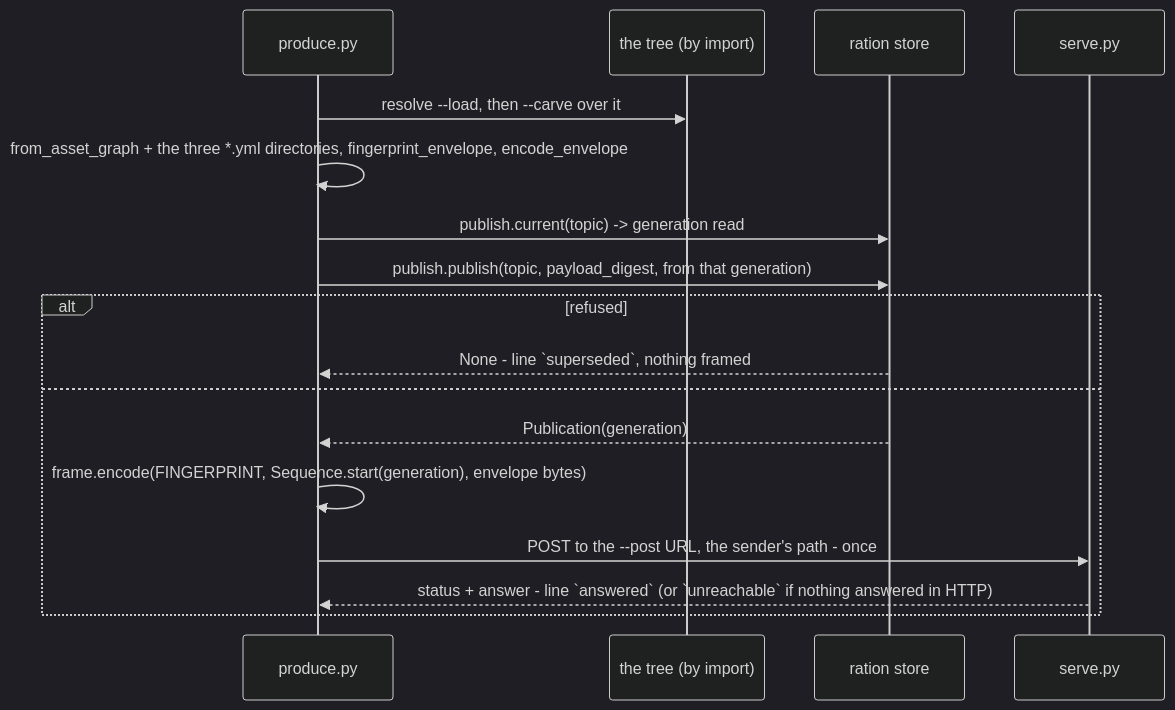
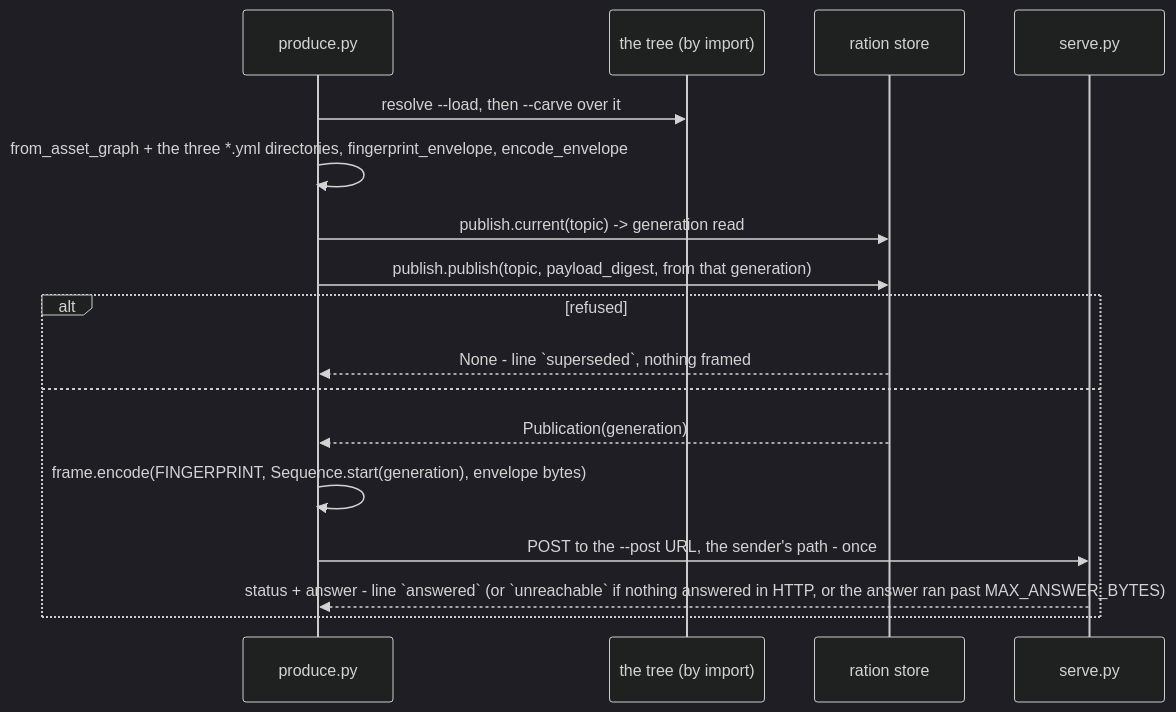
One commit to catincloud-labs/crosslink changed the fourth of 4 diagrams in docs/design/write-path.md. Above: the diagram before and after it, drawn with Mermaid (dark theme). The commit also changed 4 other files, not shown here.

````diff
--- a/docs/design/write-path.md
+++ b/docs/design/write-path.md
@@ -326,20 +326,20 @@
 ```mermaid
 sequenceDiagram
     participant P as produce.py
     participant T as the tree (by import)
     participant St as ration store
     participant C as serve.py
 
     P->>T: resolve --load, then --carve over it
     P->>P: from_asset_graph + the three *.yml directories, fingerprint_envelope, encode_envelope
     P->>St: publish.current(topic) -> generation read
     P->>St: publish.publish(topic, payload_digest, from that generation)
     alt refused
         St-->>P: None - line `superseded`, nothing framed
     else
         St-->>P: Publication(generation)
         P->>P: frame.encode(FINGERPRINT, Sequence.start(generation), envelope bytes)
         P->>C: POST to the --post URL, the sender's path - once
-        C-->>P: status + answer - line `answered` (or `unreachable` if nothing answered in HTTP)
+        C-->>P: status + answer - line `answered` (or `unreachable` if nothing answered in HTTP, or the answer ran past MAX_ANSWER_BYTES)
     end
 ```
````
